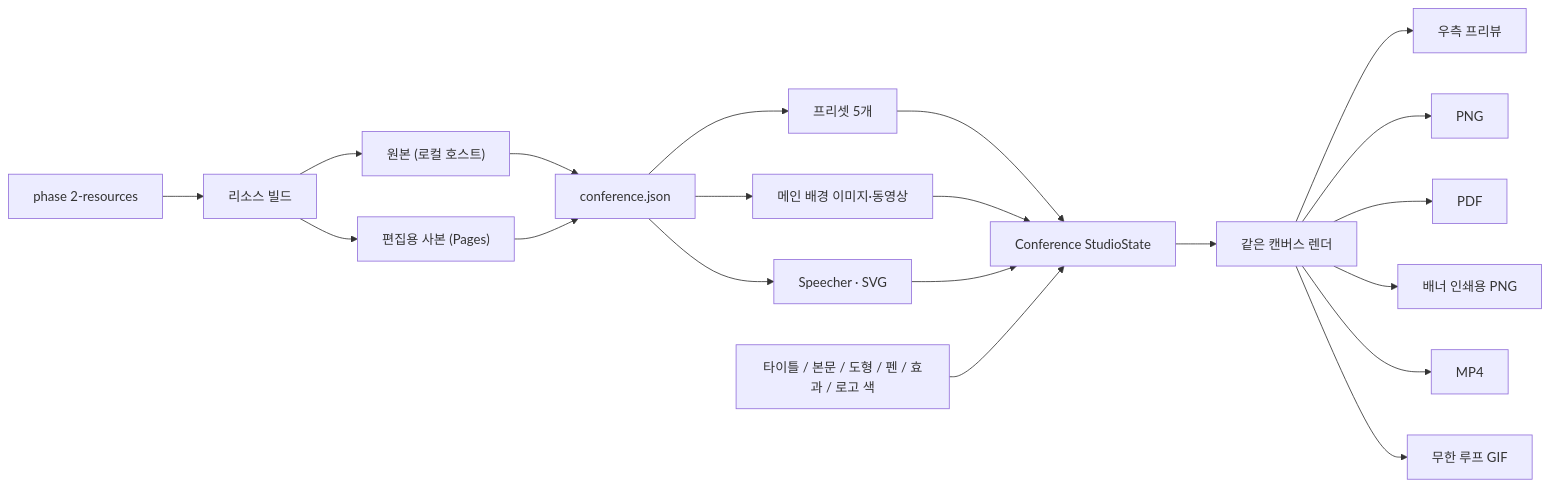
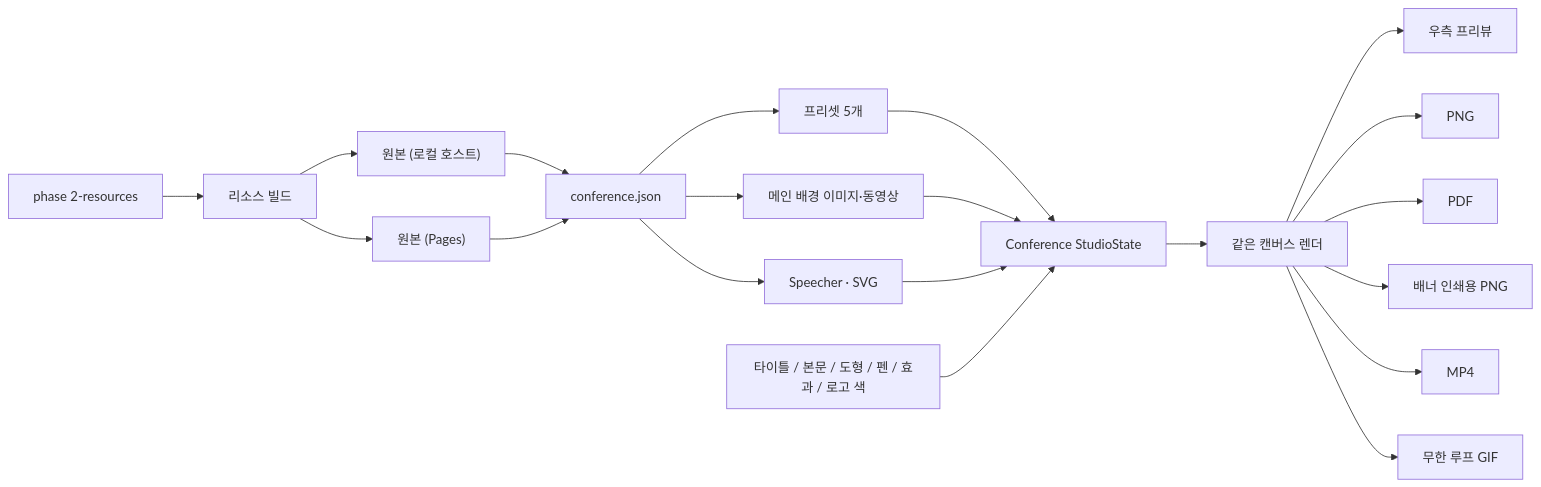
One commit to woongs2021/AX-DESIGN-TOOL changed the diagram in docs/phase-2-conference-studio.md. Above: the diagram before and after it, drawn with Mermaid. The commit also changed other lines of this file and 11 other files, not shown here.

````diff
--- a/docs/phase-2-conference-studio.md
+++ b/docs/phase-2-conference-studio.md
@@ -249,22 +247,22 @@
 ```mermaid
 flowchart LR
   resources["phase 2-resources"] --> build["리소스 빌드"]
   build --> original["원본 (로컬 호스트)"]
-  build --> web["편집용 사본 (Pages)"]
+  build --> web["원본 (Pages)"]
   original --> json["conference.json"]
   web --> json
   json --> presets["프리셋 5개"]
   json --> bg["메인 배경 이미지·동영상"]
   json --> assets["Speecher · SVG"]
   presets --> state["Conference StudioState"]
   bg --> state
   assets --> state
   inputs["타이틀 / 본문 / 도형 / 펜 / 효과 / 로고 색"] --> state
   state --> render["같은 캔버스 렌더"]
   render --> preview["우측 프리뷰"]
   render --> png["PNG"]
   render --> pdf["PDF"]
   render --> print["배너 인쇄용 PNG"]
   render --> video["MP4"]
   render --> gif["무한 루프 GIF"]
 ```
````
